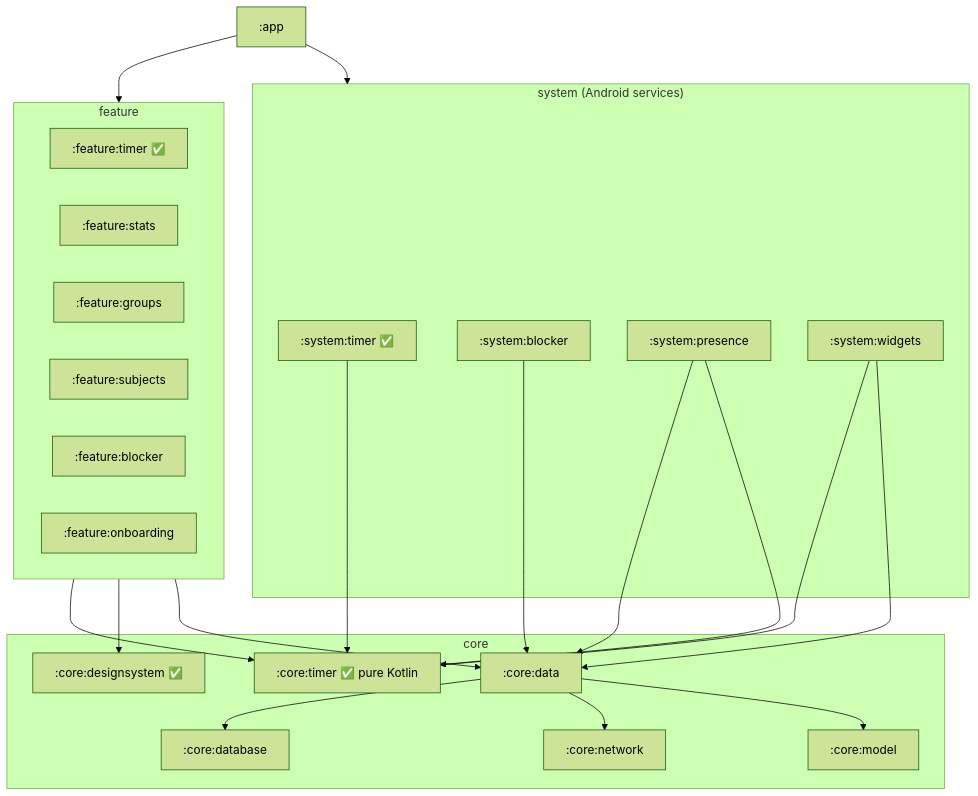
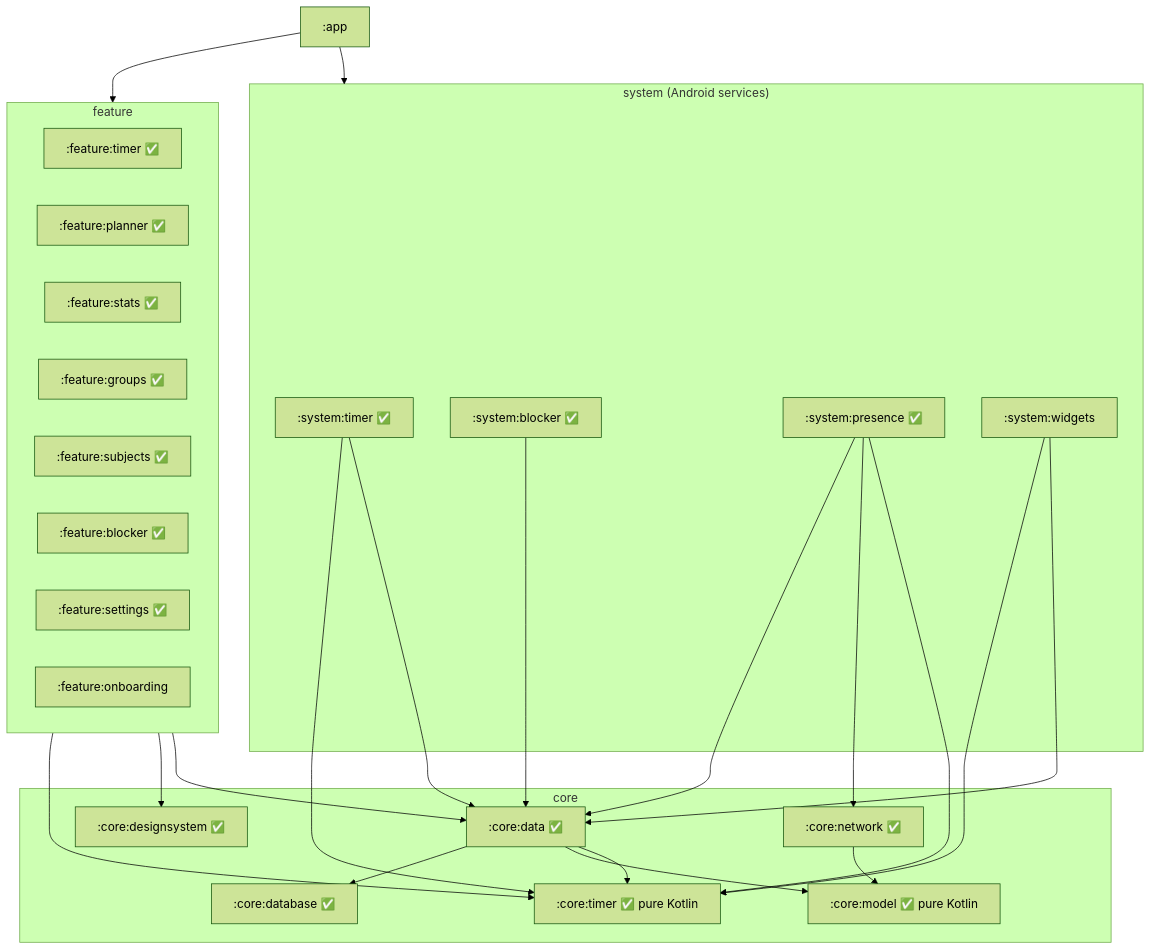
The first of 2 diagrams in docs/ARCHITECTURE.md (TymonBitesTheDust/Lock-In), drawn with Mermaid (forest theme) before and after one commit. The commit also changed other lines of this file and 2 other files, not shown here.

First line of the commit message:
Theme: define selection and surface containers (no default purple); smoke test covers Pomodoro, app blocking, groups and dark mode

````diff
--- a/docs/ARCHITECTURE.md
+++ b/docs/ARCHITECTURE.md
@@ -33,40 +34,45 @@
 ```mermaid
 graph TD
   app[":app"]
   subgraph feature
     ftimer[":feature:timer ✅"]
-    fstats[":feature:stats"]
-    fgroups[":feature:groups"]
-    fsubjects[":feature:subjects"]
-    fblocker[":feature:blocker"]
+    fplanner[":feature:planner ✅"]
+    fstats[":feature:stats ✅"]
+    fgroups[":feature:groups ✅"]
+    fsubjects[":feature:subjects ✅"]
+    fblocker[":feature:blocker ✅"]
+    fsettings[":feature:settings ✅"]
     fonboarding[":feature:onboarding"]
   end
   subgraph system["system (Android services)"]
     stimer[":system:timer ✅"]
-    sblocker[":system:blocker"]
-    spresence[":system:presence"]
+    sblocker[":system:blocker ✅"]
+    spresence[":system:presence ✅"]
     swidgets[":system:widgets"]
   end
   subgraph core
     ctimer[":core:timer ✅ pure Kotlin"]
     cdesign[":core:designsystem ✅"]
-    cdata[":core:data"]
-    cdb[":core:database"]
-    cnet[":core:network"]
-    cmodel[":core:model"]
+    cdata[":core:data ✅"]
+    cdb[":core:database ✅"]
+    cnet[":core:network ✅"]
+    cmodel[":core:model ✅ pure Kotlin"]
   end
   app --> feature
   app --> system
   feature --> ctimer
   feature --> cdesign
   feature --> cdata
   stimer --> ctimer
+  stimer --> cdata
   sblocker --> cdata
   spresence --> cdata
+  spresence --> cnet
   spresence --> ctimer
   swidgets --> ctimer
   swidgets --> cdata
   cdata --> cdb
-  cdata --> cnet
   cdata --> cmodel
+  cdata --> ctimer
+  cnet --> cmodel
 ```
````
